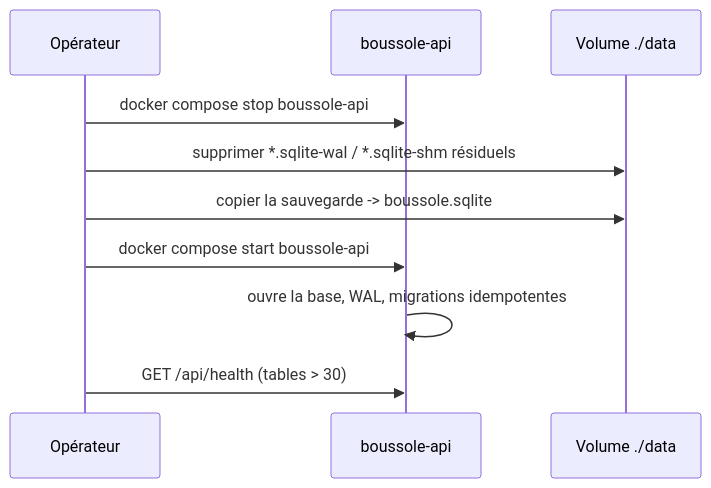
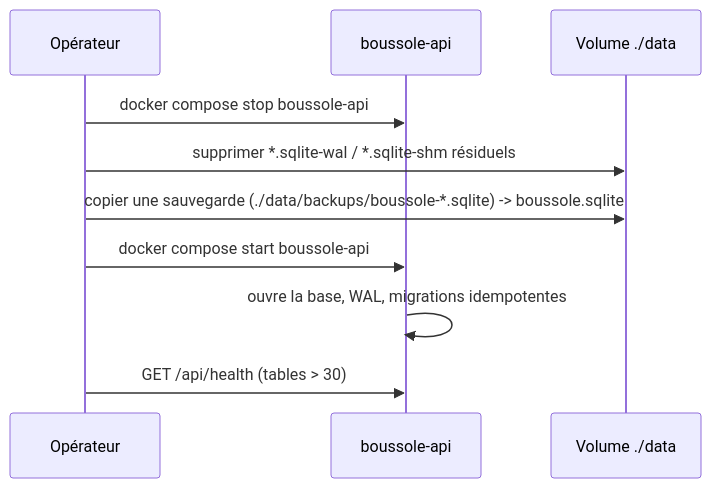
The fourth of 8 diagrams in app/api/src/wiki/content/operations.md (melafrit/FAD130_accompagnement_pro), drawn with Mermaid before and after one commit. The commit also changed other lines of this file and 14 other files, not shown here.

````diff
--- a/app/api/src/wiki/content/operations.md
+++ b/app/api/src/wiki/content/operations.md
@@ -214,12 +260,12 @@
 ```mermaid
 sequenceDiagram
   participant Op as Opérateur
   participant API as boussole-api
   participant Vol as Volume ./data
   Op->>API: docker compose stop boussole-api
   Op->>Vol: supprimer *.sqlite-wal / *.sqlite-shm résiduels
-  Op->>Vol: copier la sauvegarde -> boussole.sqlite
+  Op->>Vol: copier une sauvegarde (./data/backups/boussole-*.sqlite) -> boussole.sqlite
   Op->>API: docker compose start boussole-api
   API->>API: ouvre la base, WAL, migrations idempotentes
   Op->>API: GET /api/health (tables > 30)
 ```
````
